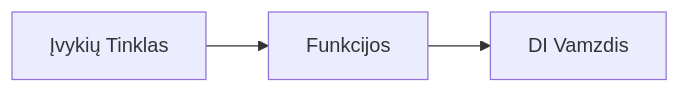
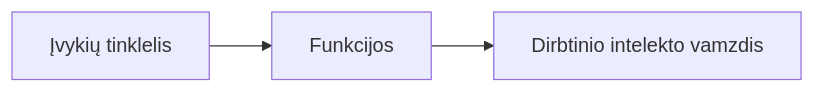
The second of 2 diagrams in translations/lt/docs/chapter-08-production/README.md (microsoft/AZD-for-beginners), drawn with Mermaid before and after one commit. The commit also changed other lines of this file and 104 other files, not shown here.

````diff
--- a/translations/lt/docs/chapter-08-production/README.md
+++ b/translations/lt/docs/chapter-08-production/README.md
@@ -56,4 +57,4 @@
 ```mermaid
 graph LR
-    EventGrid[Įvykių Tinklas] --> Functions[Funkcijos] --> Pipeline[DI Vamzdis]
+    EventGrid[Įvykių tinklelis] --> Functions[Funkcijos] --> Pipeline[Dirbtinio intelekto vamzdis]
 ```
````
